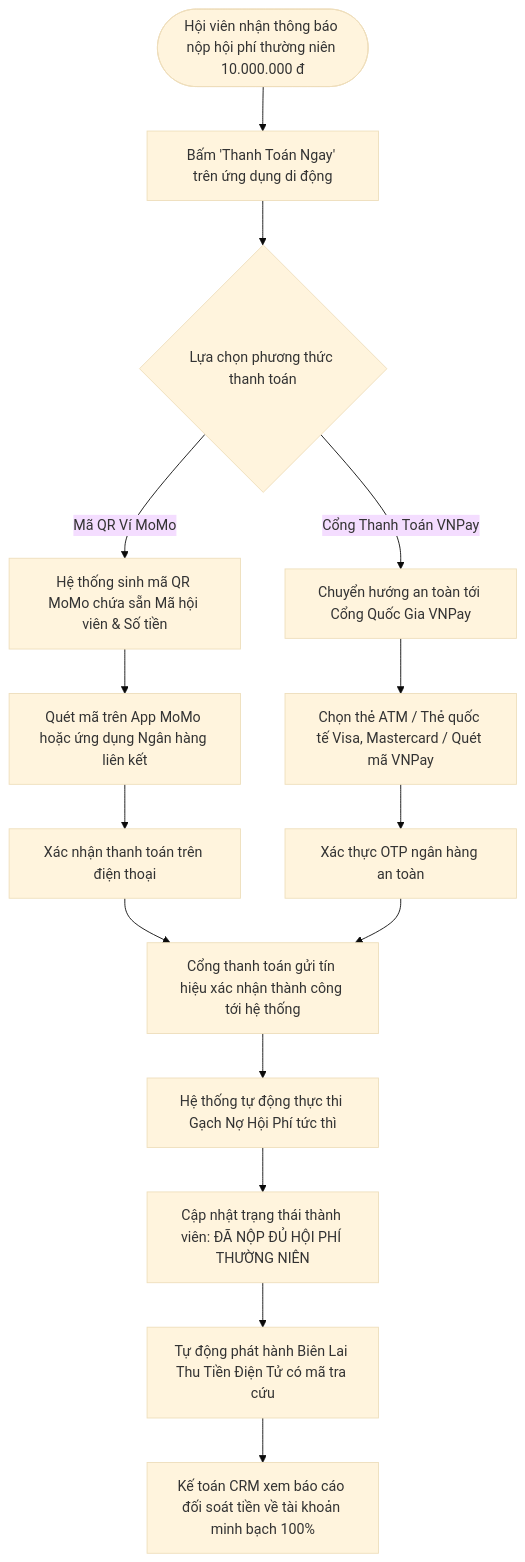
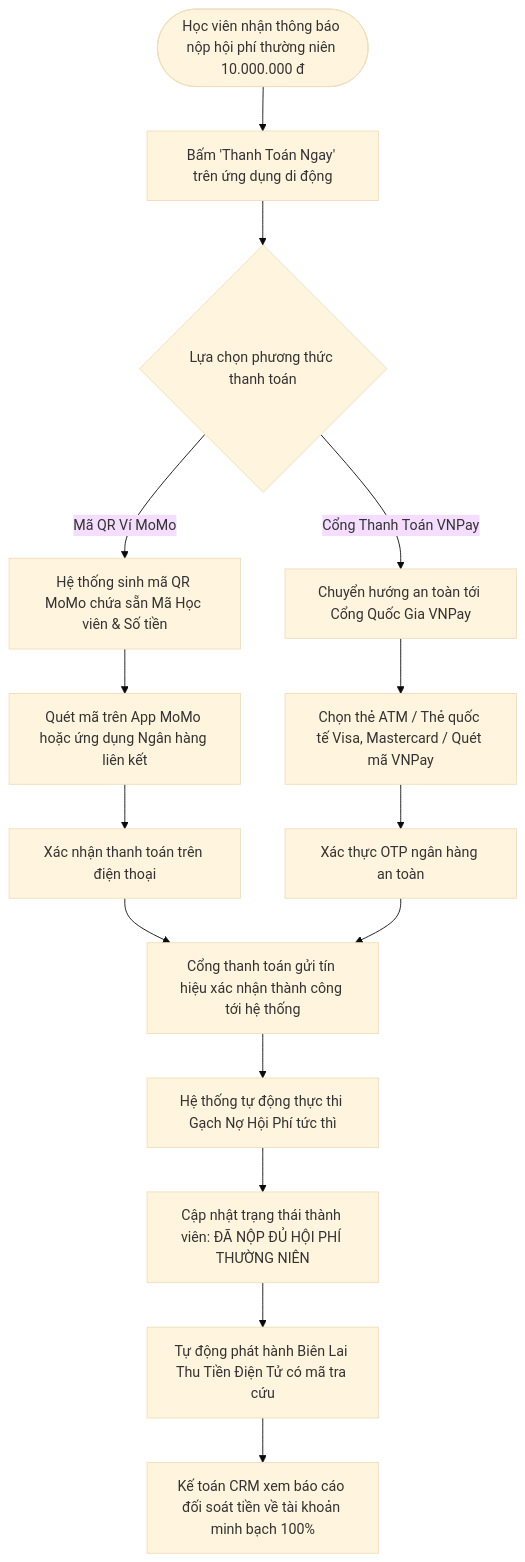
Before and after one commit to viconnect-product-team/ceoHN10_project: the fifth of 8 diagrams in document/BRD_CEOHN10_MASTER_CHINH_THUC.md, drawn with Mermaid (base theme). The commit also changed other lines of this file and 614 other files, not shown here.

````diff
--- a/document/BRD_CEOHN10_MASTER_CHINH_THUC.md
+++ b/document/BRD_CEOHN10_MASTER_CHINH_THUC.md
@@ -217,21 +217,21 @@
 ```mermaid
 flowchart TD
-    A([Hội viên nhận thông báo nộp hội phí thường niên 10.000.000 đ]) --> B[Bấm 'Thanh Toán Ngay' trên ứng dụng di động]
+    A([Học viên nhận thông báo nộp hội phí thường niên 10.000.000 đ]) --> B[Bấm 'Thanh Toán Ngay' trên ứng dụng di động]
     B --> C{Lựa chọn phương thức thanh toán}
 
-    C -->|Mã QR Ví MoMo| D1[Hệ thống sinh mã QR MoMo chứa sẵn Mã hội viên & Số tiền]
+    C -->|Mã QR Ví MoMo| D1[Hệ thống sinh mã QR MoMo chứa sẵn Mã Học viên & Số tiền]
     D1 --> E1[Quét mã trên App MoMo hoặc ứng dụng Ngân hàng liên kết]
     E1 --> F1[Xác nhận thanh toán trên điện thoại]
 
     C -->|Cổng Thanh Toán VNPay| D2[Chuyển hướng an toàn tới Cổng Quốc Gia VNPay]
     D2 --> E2[Chọn thẻ ATM / Thẻ quốc tế Visa, Mastercard / Quét mã VNPay]
     E2 --> F2[Xác thực OTP ngân hàng an toàn]
 
     F1 --> G[Cổng thanh toán gửi tín hiệu xác nhận thành công tới hệ thống]
     F2 --> G
 
     G --> H[Hệ thống tự động thực thi Gạch Nợ Hội Phí tức thì]
     H --> I[Cập nhật trạng thái thành viên: ĐÃ NỘP ĐỦ HỘI PHÍ THƯỜNG NIÊN]
     I --> J[Tự động phát hành Biên Lai Thu Tiền Điện Tử có mã tra cứu]
     J --> K[Kế toán CRM xem báo cáo đối soát tiền về tài khoản minh bạch 100%]
 ```
````
